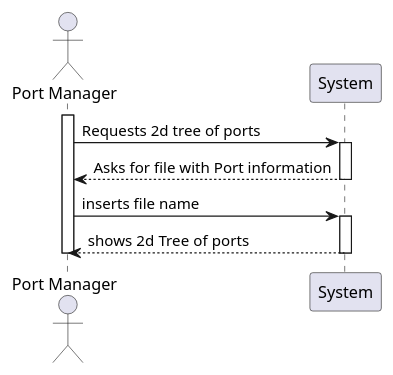
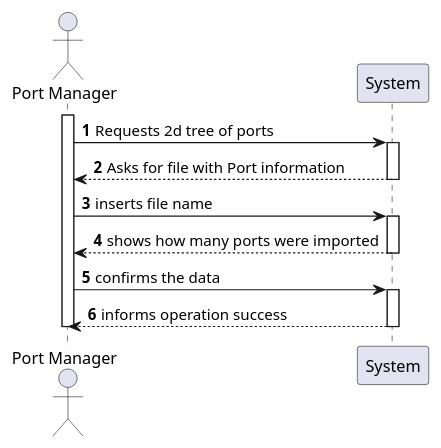
The diagram in docs/Sprint2/US201/ssd.puml (mpoboas/lapr3-2021-g102), drawn with PlantUML before and after one commit.

Commit message:
<G0102-35>Update to ssd of US207 according to changes on sequence diagram

```diff
--- a/docs/Sprint2/US201/ssd.puml
+++ b/docs/Sprint2/US201/ssd.puml
@@ -1,14 +1,20 @@
 @startuml
 actor "Port Manager" as Pman
 participant System as sys
+autonumber
 activate Pman
 Pman -> sys : Requests 2d tree of ports
 activate sys
 sys -->Pman : Asks for file with Port information
 deactivate sys
 Pman -> sys :inserts file name
 activate sys
-sys --> Pman :shows 2d Tree of ports
+sys --> Pman : shows how many ports were imported
+deactivate sys
+deactivate sys
+Pman -> sys : confirms the data
+activate sys
+sys --> Pman : informs operation success
 deactivate sys
 deactivate Pman
 @enduml
```
